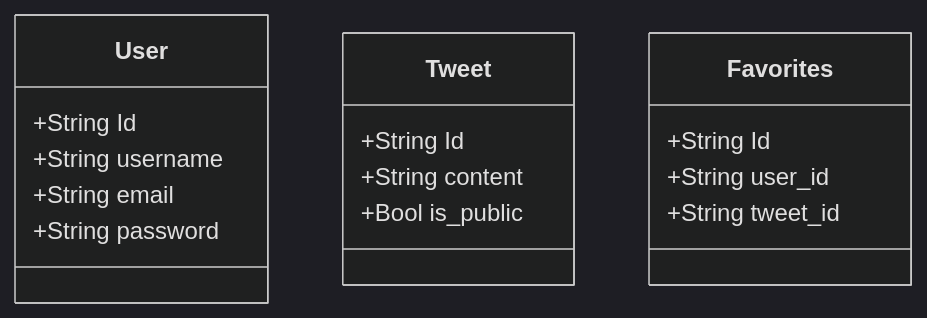
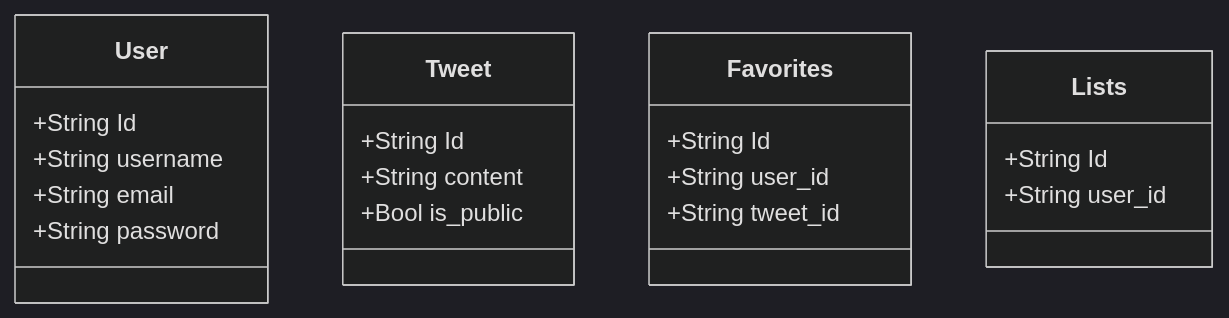
One commit to Lootmann/fastapi-sqlalchemy-tweet changed the diagram in README.md. Above: the diagram before and after it, drawn with Mermaid (dark theme). The commit also changed other lines of this file, not shown here.

Commit message:
README: add class Lists

````diff
--- a/README.md
+++ b/README.md
@@ -17,21 +17,26 @@
 ```mermaid
 classDiagram
   class User {
     +String Id
     +String username
     +String email
     +String password
   }
 
   class Tweet {
     +String Id
     +String content
     +Bool is_public
   }
 
   class Favorites {
     +String Id
     +String user_id
     +String tweet_id
   }
+
+  class Lists {
+    +String Id
+    +String user_id
+  }
 ```
````
